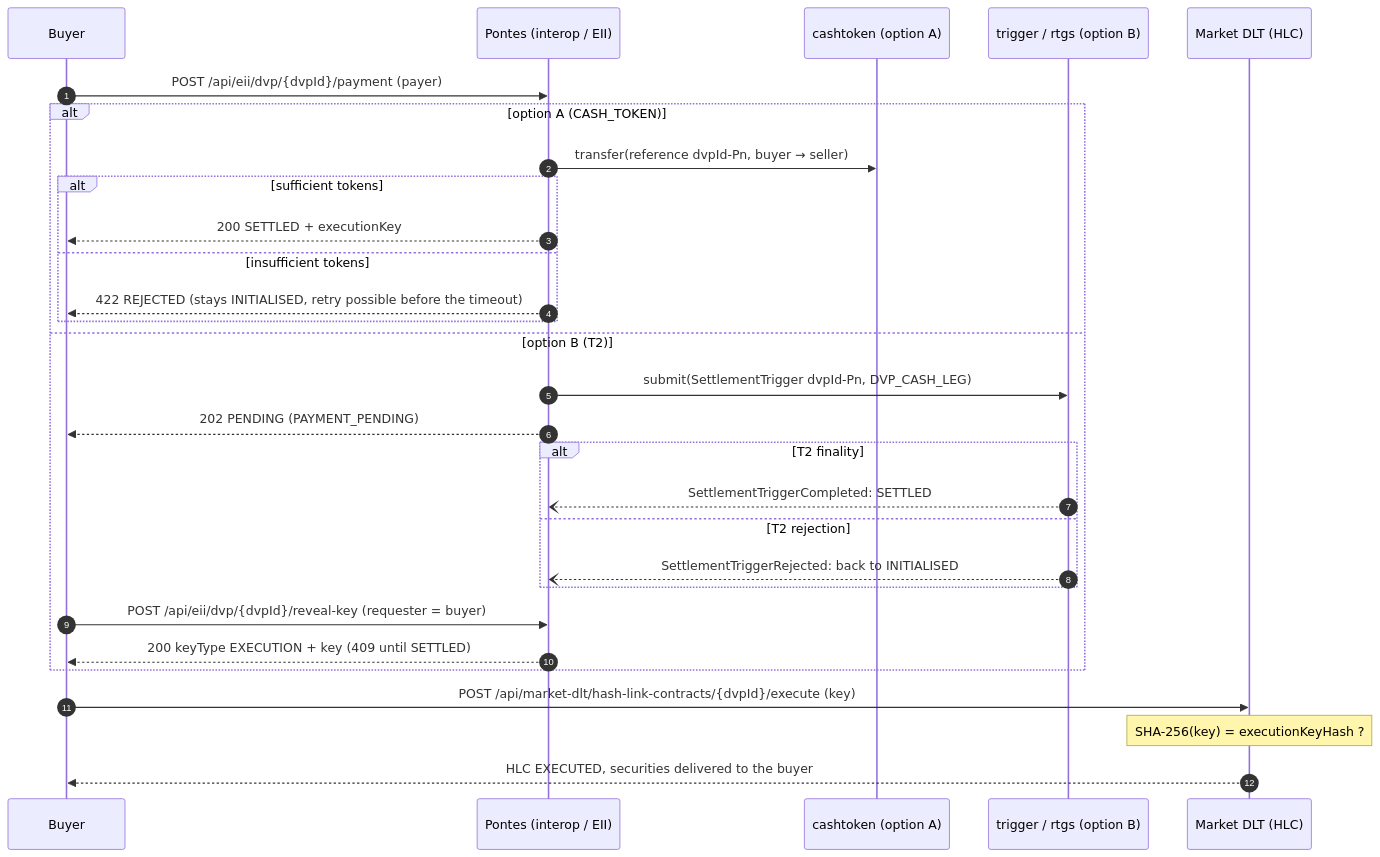
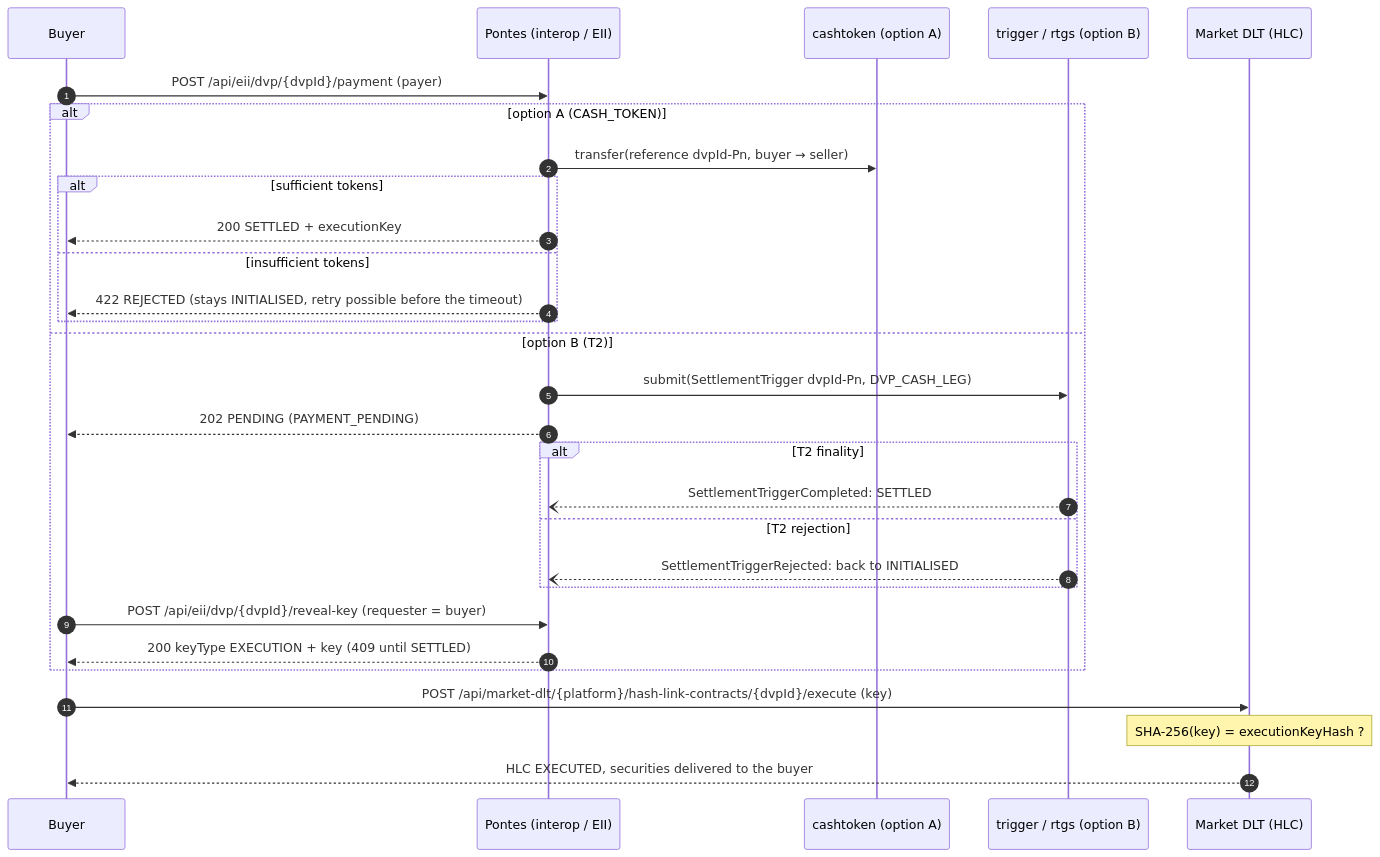
One commit to Bonnai2112/pontes-dlt-settlement changed the third of 5 diagrams in README.md. Above: the diagram before and after it, drawn with Mermaid. The commit also changed other lines of this file and 69 other files, not shown here.

First line of the commit message:
Market DLT platforms on Besu with ERC-3643 securities (#1)

````diff
--- a/README.md
+++ b/README.md
@@ -146,31 +155,31 @@
 ```mermaid
 sequenceDiagram
     autonumber
     participant A as Buyer
     participant EII as Pontes (interop / EII)
     participant CT as cashtoken (option A)
     participant TB as trigger / rtgs (option B)
     participant MK as Market DLT (HLC)
     A->>EII: POST /api/eii/dvp/{dvpId}/payment (payer)
     alt option A (CASH_TOKEN)
         EII->>CT: transfer(reference dvpId-Pn, buyer → seller)
         alt sufficient tokens
             EII-->>A: 200 SETTLED + executionKey
         else insufficient tokens
             EII-->>A: 422 REJECTED (stays INITIALISED, retry possible before the timeout)
         end
     else option B (T2)
         EII->>TB: submit(SettlementTrigger dvpId-Pn, DVP_CASH_LEG)
         EII-->>A: 202 PENDING (PAYMENT_PENDING)
         alt T2 finality
             TB--)EII: SettlementTriggerCompleted: SETTLED
         else T2 rejection
             TB--)EII: SettlementTriggerRejected: back to INITIALISED
         end
         A->>EII: POST /api/eii/dvp/{dvpId}/reveal-key (requester = buyer)
         EII-->>A: 200 keyType EXECUTION + key (409 until SETTLED)
     end
-    A->>MK: POST /api/market-dlt/hash-link-contracts/{dvpId}/execute (key)
+    A->>MK: POST /api/market-dlt/{platform}/hash-link-contracts/{dvpId}/execute (key)
     Note over MK: SHA-256(key) = executionKeyHash ?
     MK-->>A: HLC EXECUTED, securities delivered to the buyer
 ```
````
